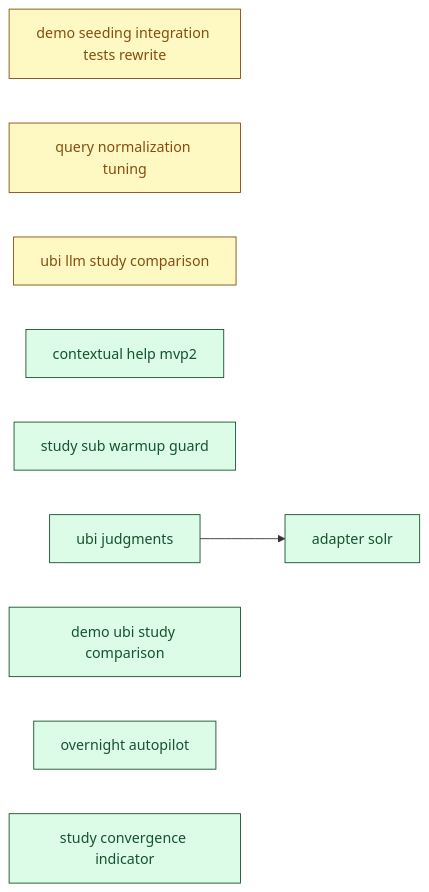
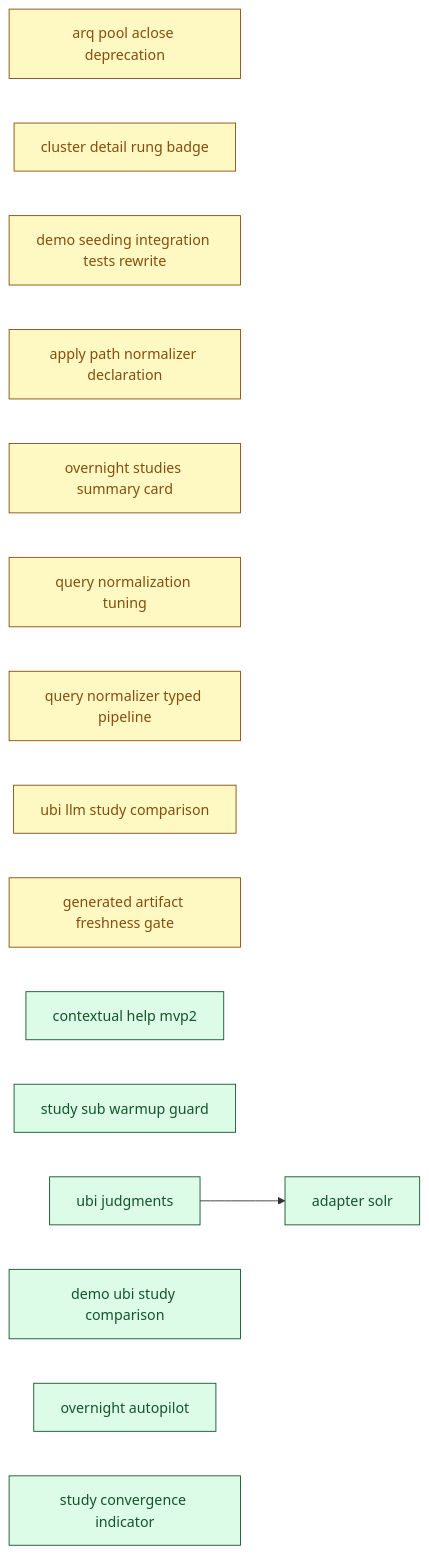
The diagram in docs/00_overview/MVP2_DASHBOARD.md (SoundMindsAI/relyloop), drawn with Mermaid before and after one commit. The commit also changed other lines of this file and 41 other files, not shown here.

````diff
--- a/docs/00_overview/MVP2_DASHBOARD.md
+++ b/docs/00_overview/MVP2_DASHBOARD.md
@@ -99,29 +100,41 @@
 ```mermaid
 graph LR
   classDef done fill:#dcfce7,stroke:#14532d,color:#14532d;
   classDef implement fill:#ffedd5,stroke:#9a3412,color:#9a3412;
   classDef plan fill:#fef9c3,stroke:#854d0e,color:#854d0e;
   classDef spec fill:#dbeafe,stroke:#1e40af,color:#1e40af;
   classDef idea fill:#f1f5f9,stroke:#334155,color:#334155;
+  chore_arq_pool_aclose_deprecation["arq pool aclose deprecation"]
+  class chore_arq_pool_aclose_deprecation plan;
+  chore_cluster_detail_rung_badge["cluster detail rung badge"]
+  class chore_cluster_detail_rung_badge plan;
   chore_demo_seeding_integration_tests_rewrite["demo seeding integration tests rewrite"]
   class chore_demo_seeding_integration_tests_rewrite plan;
+  feat_apply_path_normalizer_declaration["apply path normalizer declaration"]
+  class feat_apply_path_normalizer_declaration plan;
+  feat_overnight_studies_summary_card["overnight studies summary card"]
+  class feat_overnight_studies_summary_card plan;
   feat_query_normalization_tuning["query normalization tuning"]
   class feat_query_normalization_tuning plan;
+  feat_query_normalizer_typed_pipeline["query normalizer typed pipeline"]
+  class feat_query_normalizer_typed_pipeline plan;
   feat_ubi_llm_study_comparison["ubi llm study comparison"]
   class feat_ubi_llm_study_comparison plan;
+  infra_generated_artifact_freshness_gate["generated artifact freshness gate"]
+  class infra_generated_artifact_freshness_gate plan;
   feat_contextual_help_mvp2["contextual help mvp2"]
   class feat_contextual_help_mvp2 done;
   feat_study_sub_warmup_guard["study sub warmup guard"]
   class feat_study_sub_warmup_guard done;
   feat_ubi_judgments["ubi judgments"]
   class feat_ubi_judgments done;
   feat_demo_ubi_study_comparison["demo ubi study comparison"]
   class feat_demo_ubi_study_comparison done;
   feat_overnight_autopilot["overnight autopilot"]
   class feat_overnight_autopilot done;
   infra_adapter_solr["adapter solr"]
   class infra_adapter_solr done;
   feat_study_convergence_indicator["study convergence indicator"]
   class feat_study_convergence_indicator done;
   feat_ubi_judgments --> infra_adapter_solr
 ```
````
